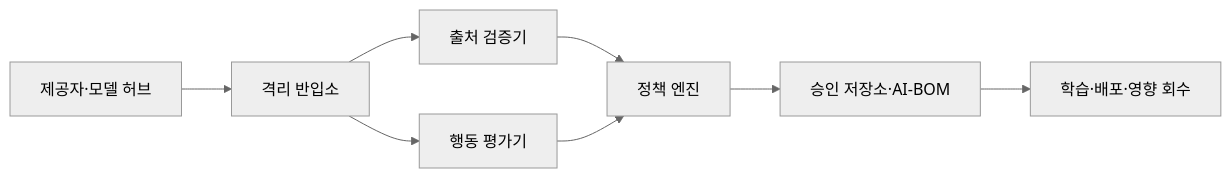
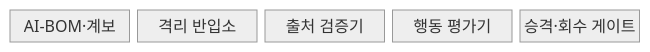
One commit to agnusdei1207/knowledge-base changed the first of 2 diagrams in src/content/docs/notes/05-security/093_ai_supply_chain_security.md. Above: the diagram before and after it, drawn with Mermaid (neutral theme). The commit also changed other lines of this file and 3 other files, not shown here.

````diff
--- a/src/content/docs/notes/05-security/093_ai_supply_chain_security.md
+++ b/src/content/docs/notes/05-security/093_ai_supply_chain_security.md
@@ -54,10 +56,9 @@
 ```mermaid
-flowchart LR
-    P[제공자·모델 허브] --> Q[격리 반입소]
-    Q --> V[출처 검증기]
-    Q --> B[행동 평가기]
-    V --> E[정책 엔진]
-    B --> E
-    E --> R[승인 저장소·AI-BOM]
-    R --> D[학습·배포·영향 회수]
+block-beta
+  columns 5
+  A["AI-BOM·계보"]
+  B["격리 반입소"]
+  C["출처 검증기"]
+  D["행동 평가기"]
+  E["승격·회수 게이트"]
 ```
````
